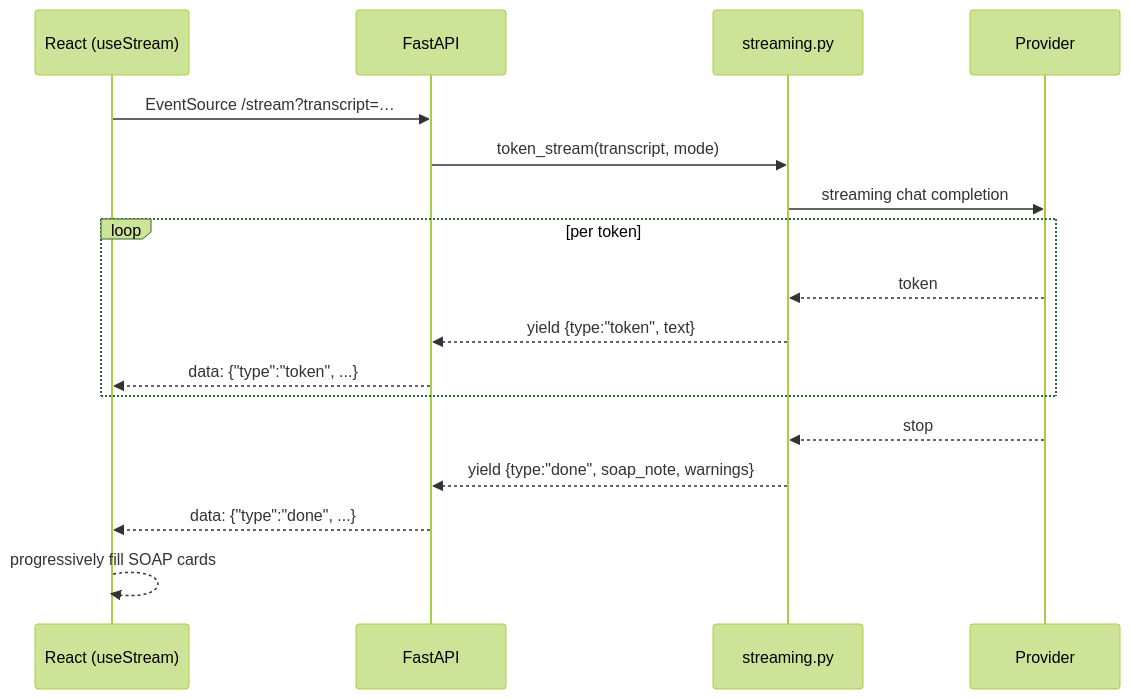
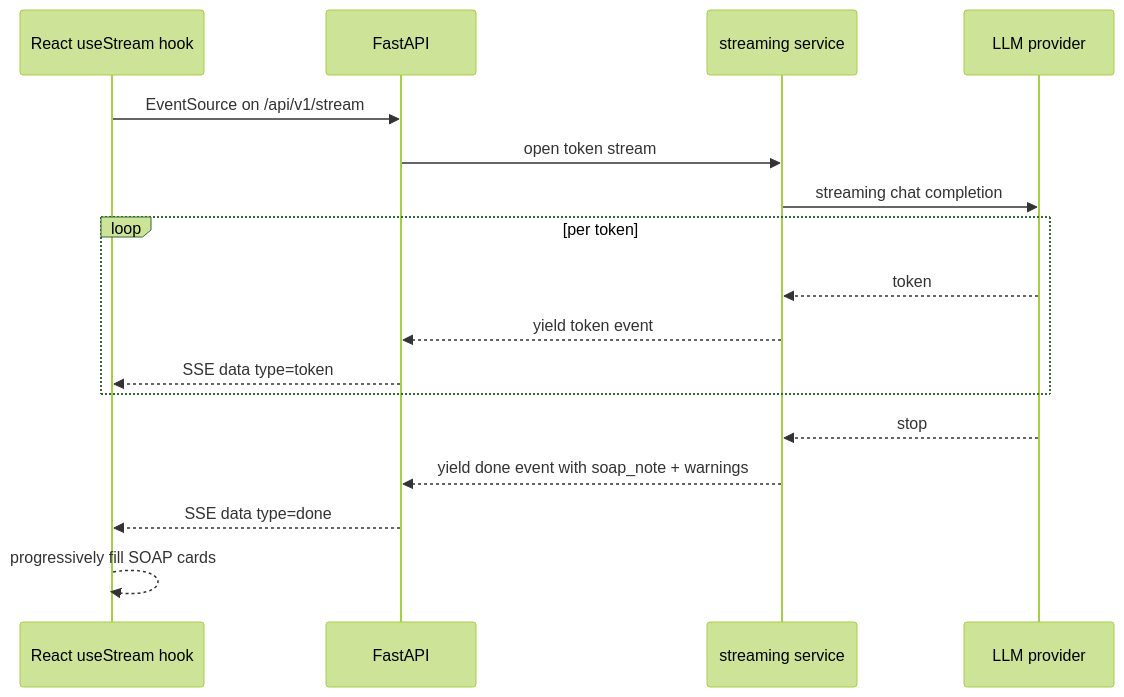
One commit to sushildalavi/SOAPFlow-Clinical-Transcript-to-SOAP-Note-Platform changed the fourth of 6 diagrams in README.md. Above: the diagram before and after it, drawn with Mermaid (forest theme). The commit also changed other lines of this file, not shown here.

Commit message:
harden mermaid: drop xychart-beta (was failing chunk-load), quote cylinder labels, depara sequence diagrams

````diff
--- a/README.md
+++ b/README.md
@@ -301,20 +301,20 @@
 ```mermaid
 sequenceDiagram
-    participant FE as React (useStream)
+    participant FE as React useStream hook
     participant API as FastAPI
-    participant S as streaming.py
-    participant LLM as Provider
+    participant S as streaming service
+    participant LLM as LLM provider
 
-    FE->>API: EventSource /stream?transcript=…
-    API->>S: token_stream(transcript, mode)
+    FE->>API: EventSource on /api/v1/stream
+    API->>S: open token stream
     S->>LLM: streaming chat completion
     loop per token
         LLM-->>S: token
-        S-->>API: yield {type:"token", text}
-        API-->>FE: data: {"type":"token", ...}
+        S-->>API: yield token event
+        API-->>FE: SSE data type=token
     end
     LLM-->>S: stop
-    S-->>API: yield {type:"done", soap_note, warnings}
-    API-->>FE: data: {"type":"done", ...}
+    S-->>API: yield done event with soap_note + warnings
+    API-->>FE: SSE data type=done
     FE-->>FE: progressively fill SOAP cards
 ```
````
